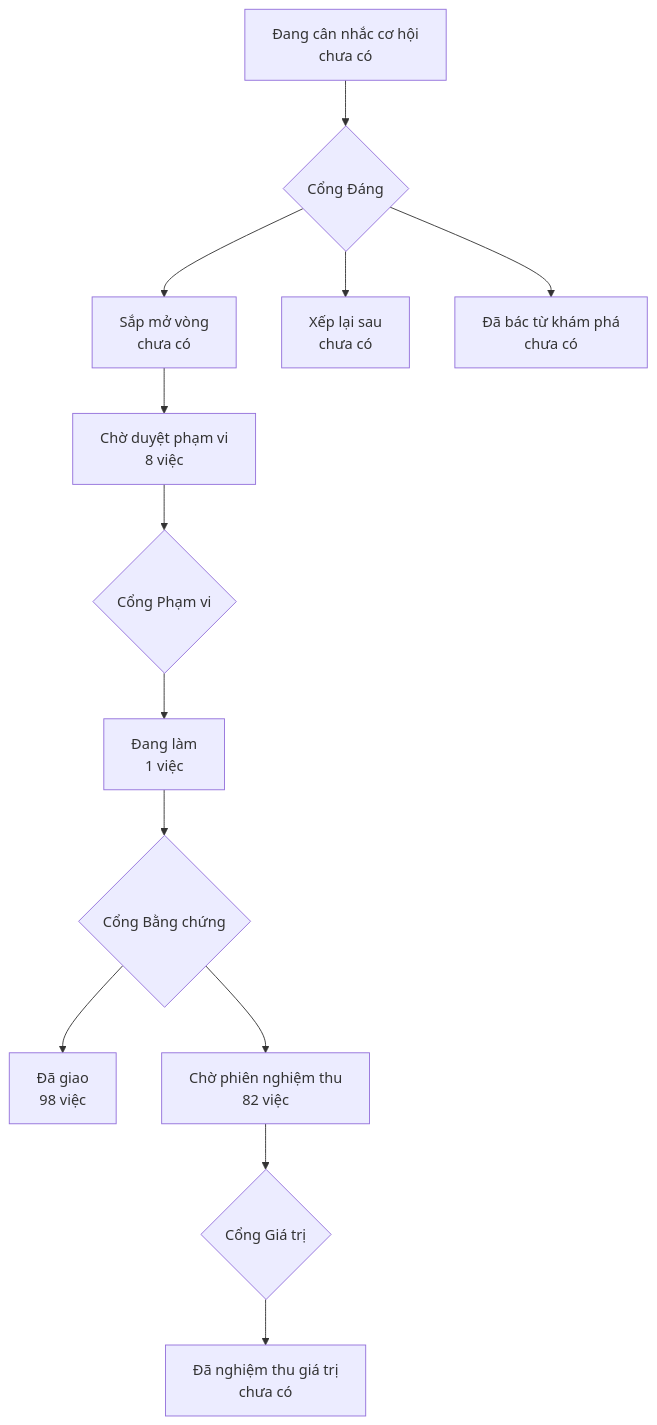
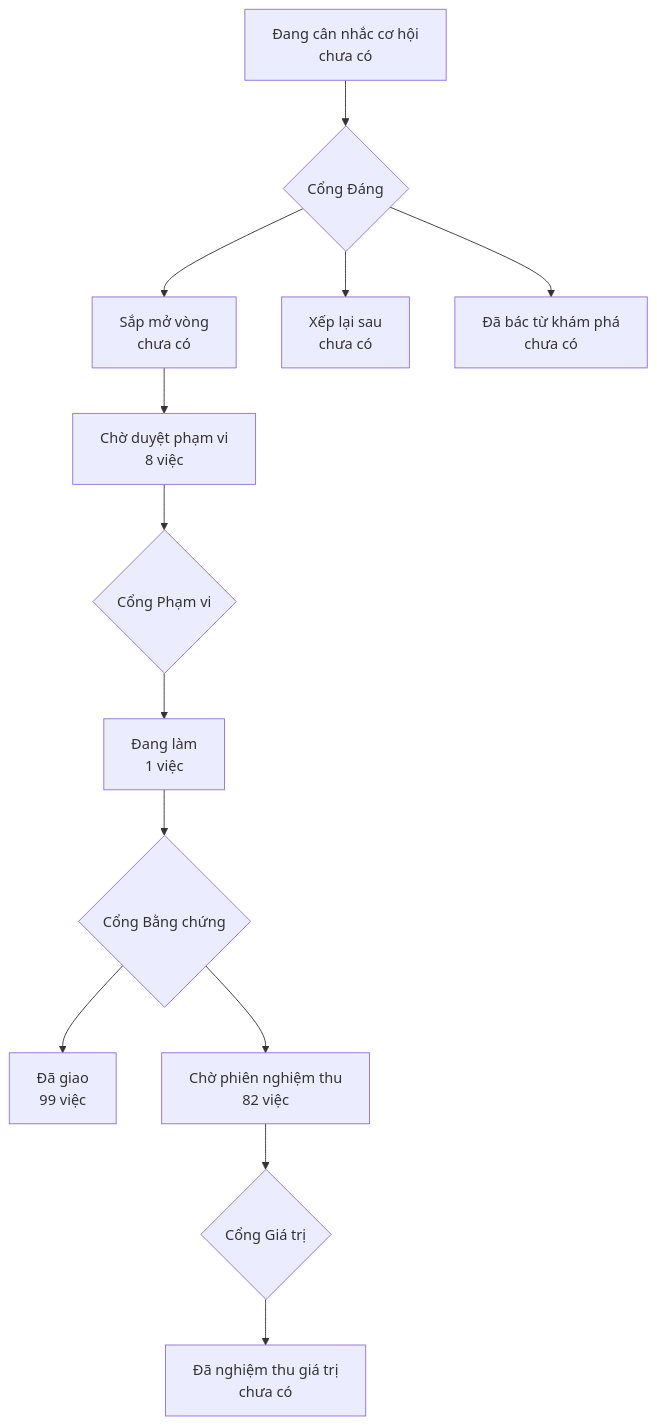
Before and after one commit to phanlemanh/onehub-invest: the diagram in PRODUCT-MAP.md, drawn with Mermaid. The commit also changed other lines of this file and 1 other file, not shown here.

Commit message:
chore(acceptance): vẽ lại bản đồ sau gộp main

````diff
--- a/PRODUCT-MAP.md
+++ b/PRODUCT-MAP.md
@@ -7,12 +7,12 @@
 ```mermaid
 flowchart TD
   A["Đang cân nhắc cơ hội<br/>chưa có"] --> GD{"Cổng Đáng"}
   GD --> B["Sắp mở vòng<br/>chưa có"]
   GD --> XL["Xếp lại sau<br/>chưa có"]
   GD --> DB["Đã bác từ khám phá<br/>chưa có"]
   B --> CD["Chờ duyệt phạm vi<br/>8 việc"] --> GP{"Cổng Phạm vi"}
   GP --> DL["Đang làm<br/>1 việc"] --> GB{"Cổng Bằng chứng"}
-  GB --> DG["Đã giao<br/>98 việc"]
+  GB --> DG["Đã giao<br/>99 việc"]
   GB --> CN["Chờ phiên nghiệm thu<br/>82 việc"] --> GG{"Cổng Giá trị"}
   GG --> NT["Đã nghiệm thu giá trị<br/>chưa có"]
 ```
````
